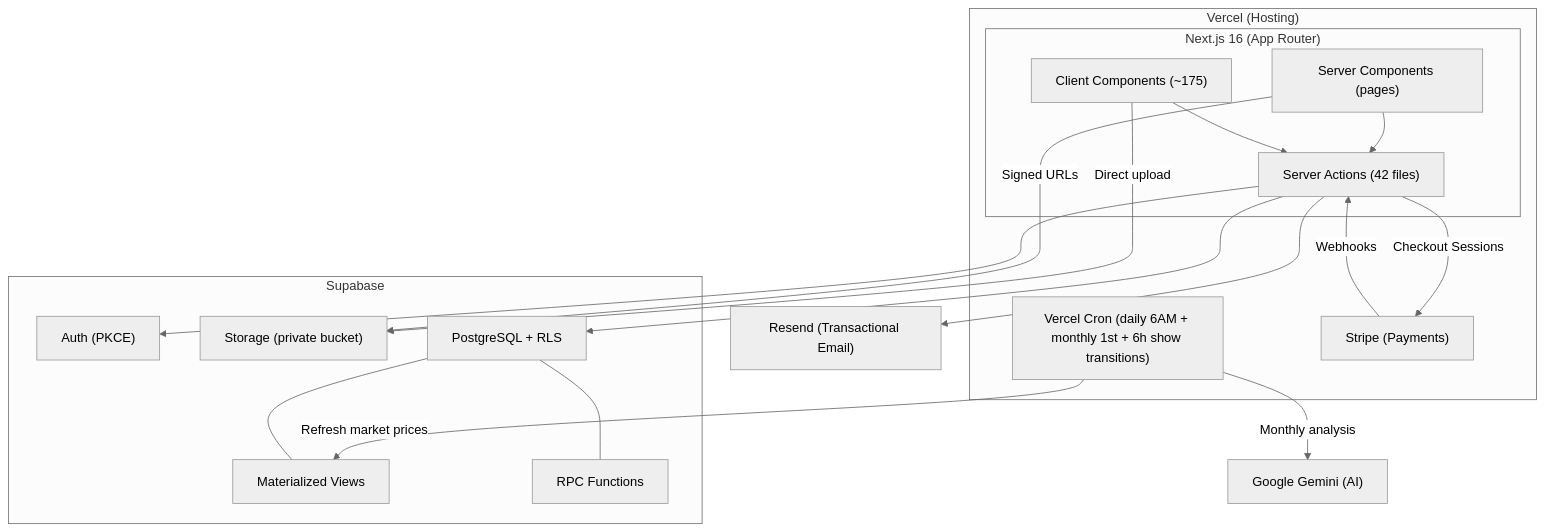
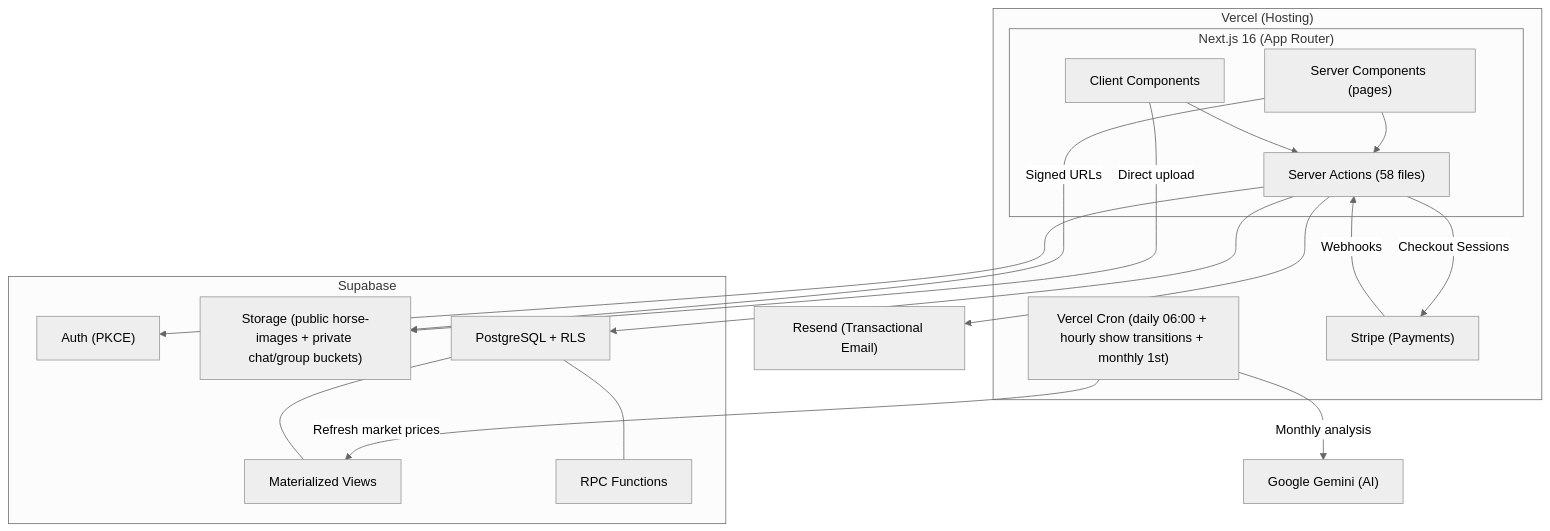
One commit to smount92/ProjectEquiscape changed the diagram in docs/architecture/overview.md. Above: the diagram before and after it, drawn with Mermaid (neutral theme). The commit also changed other lines of this file and 2 other files, not shown here.

First line of the commit message:
Architecture docs: five rooms, the feed spine, deal stages, the real pipeline

````diff
--- a/docs/architecture/overview.md
+++ b/docs/architecture/overview.md
@@ -5,38 +5,38 @@
 ```mermaid
 graph TD
     subgraph Vercel["Vercel (Hosting)"]
         subgraph Next["Next.js 16 (App Router)"]
             SC["Server Components (pages)"]
-            CC["Client Components (~175)"]
-            SA["Server Actions (42 files)"]
+            CC["Client Components"]
+            SA["Server Actions (58 files)"]
         end
-        Cron["Vercel Cron (daily 6AM + monthly 1st + 6h show transitions)"]
+        Cron["Vercel Cron (daily 06:00 + hourly show transitions + monthly 1st)"]
         Stripe["Stripe (Payments)"]
     end
 
     subgraph Supabase["Supabase"]
         Auth["Auth (PKCE)"]
-        Storage["Storage (private bucket)"]
+        Storage["Storage (public horse-images + private chat/group buckets)"]
         DB["PostgreSQL + RLS"]
         MV["Materialized Views"]
         RPC["RPC Functions"]
     end
 
     Email["Resend (Transactional Email)"]
     Gemini["Google Gemini (AI)"]
 
     SA -->|"Checkout Sessions"| Stripe
     Stripe -->|"Webhooks"| SA
     Cron -->|"Monthly analysis"| Gemini
 
     SC --> SA
     CC --> SA
     SA --> DB
     SA --> Email
     CC -->|"Direct upload"| Storage
     SC -->|"Signed URLs"| Storage
     Cron -->|"Refresh market prices"| MV
     SA --> Auth
     DB --- MV
     DB --- RPC
 ```
````
